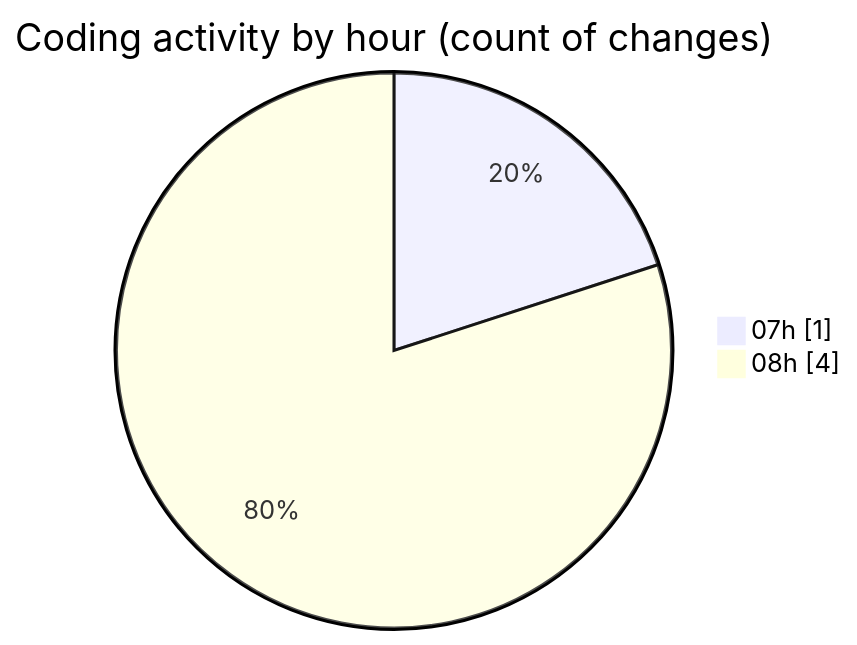
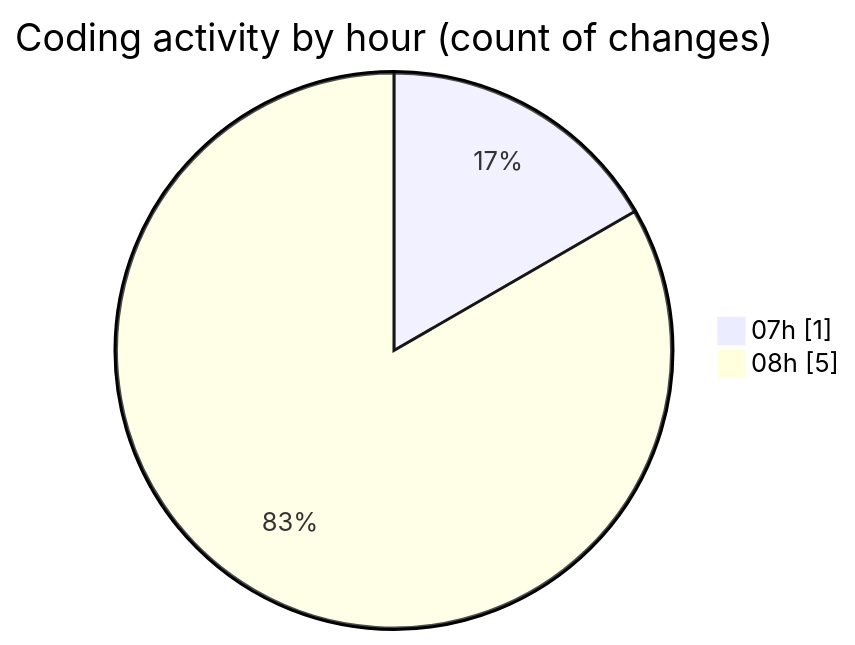
Before and after one commit to momahboobian/code-tracking: the second of 2 diagrams in 2025-05-14/cda/README.md, drawn with Mermaid. The commit also changed other lines of this file and 1 other file, not shown here.

````diff
--- a/2025-05-14/cda/README.md
+++ b/2025-05-14/cda/README.md
@@ -34,6 +34,6 @@
 ```mermaid
 pie showData
 title Coding activity by hour (count of changes)
 "07h" : 1
-"08h" : 4
+"08h" : 5
 ```
````
